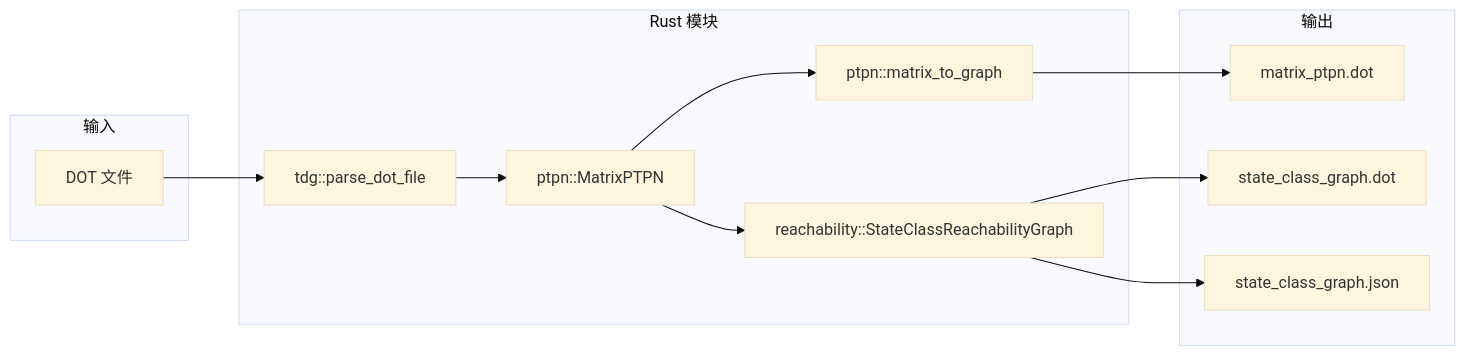
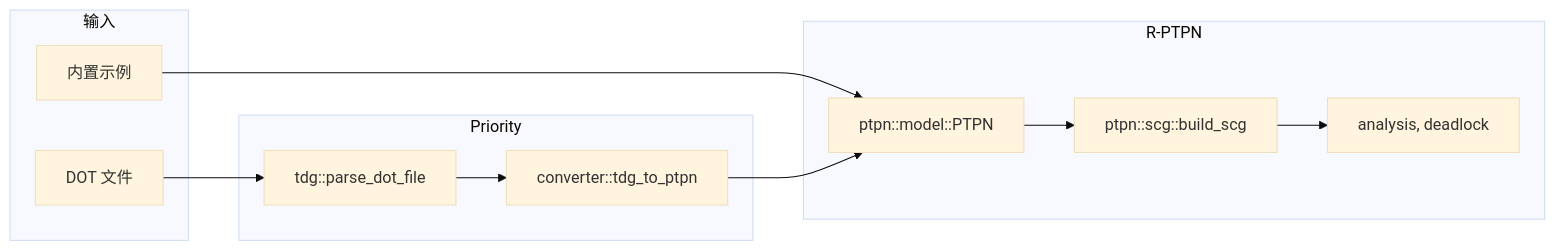
The diagram in docs/DESIGN.md (kevindadi/PPTPN), drawn with Mermaid (base theme) before and after one commit. The commit also changed other lines of this file and 30 other files, not shown here.

````diff
--- a/docs/DESIGN.md
+++ b/docs/DESIGN.md
@@ -22,27 +21,25 @@
 ```mermaid
 flowchart LR
     subgraph input [输入]
         DOT[DOT 文件]
+        Example[内置示例]
     end
     
-    subgraph rust [Rust 模块]
+    subgraph priority [Priority]
         TDG[tdg::parse_dot_file]
-        Matrix[ptpn::MatrixPTPN]
-        Graph[ptpn::matrix_to_graph]
-        SCG[reachability::StateClassReachabilityGraph]
+        Conv[converter::tdg_to_ptpn]
     end
     
-    subgraph output [输出]
-        PTPN_DOT[matrix_ptpn.dot]
-        SCG_DOT[state_class_graph.dot]
-        SCG_JSON[state_class_graph.json]
+    subgraph rptpn [R-PTPN]
+        PTPN[ptpn::model::PTPN]
+        SCG[ptpn::scg::build_scg]
+        Analysis[analysis, deadlock]
     end
     
     DOT --> TDG
-    TDG --> Matrix
-    Matrix --> Graph
-    Matrix --> SCG
-    Graph --> PTPN_DOT
-    SCG --> SCG_DOT
-    SCG --> SCG_JSON
+    TDG --> Conv
+    Example --> PTPN
+    Conv --> PTPN
+    PTPN --> SCG
+    SCG --> Analysis
 ```
````
